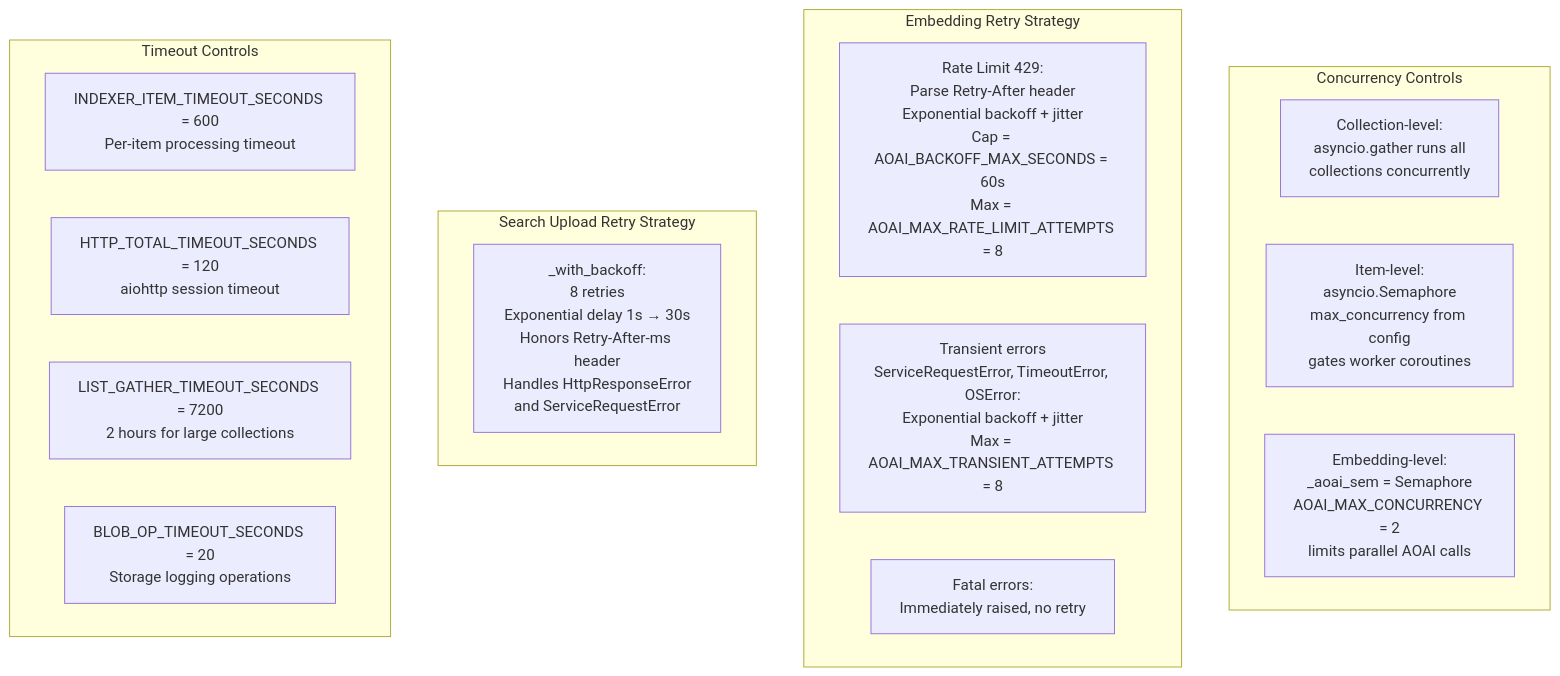
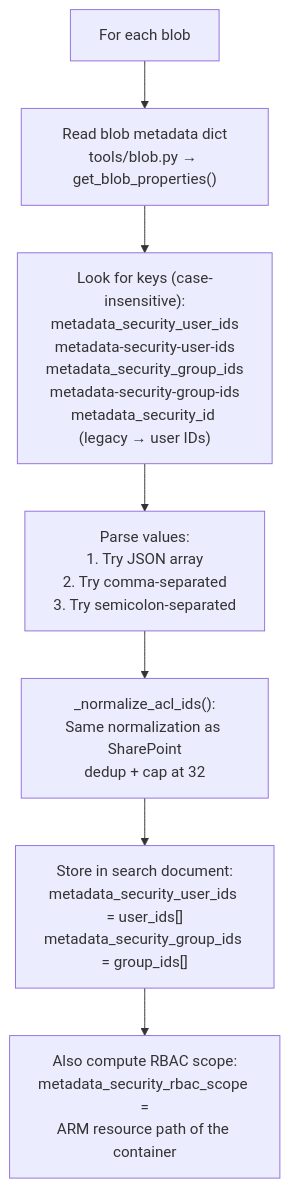
The ninth of 11 diagrams in detailed ingestion process.md (nicarzv/RAG), drawn with Mermaid before and after one commit. The commit also changed other lines of this file, not shown here.

````diff
--- a/detailed ingestion process.md
+++ b/detailed ingestion process.md
@@ -491,25 +664,9 @@
 ```mermaid
 flowchart TB
-    subgraph CONCURRENCY["Concurrency Controls"]
-        A[Collection-level:<br/>asyncio.gather runs all<br/>collections concurrently]
-        B[Item-level:<br/>asyncio.Semaphore<br/>max_concurrency from config<br/>gates worker coroutines]
-        C[Embedding-level:<br/>_aoai_sem = Semaphore<br/>AOAI_MAX_CONCURRENCY = 2<br/>limits parallel AOAI calls]
-    end
-
-    subgraph RETRY_EMBED["Embedding Retry Strategy"]
-        D[Rate Limit 429:<br/>Parse Retry-After header<br/>Exponential backoff + jitter<br/>Cap = AOAI_BACKOFF_MAX_SECONDS = 60s<br/>Max = AOAI_MAX_RATE_LIMIT_ATTEMPTS = 8]
-        E[Transient errors<br/>ServiceRequestError, TimeoutError, OSError:<br/>Exponential backoff + jitter<br/>Max = AOAI_MAX_TRANSIENT_ATTEMPTS = 8]
-        F[Fatal errors:<br/>Immediately raised, no retry]
-    end
-
-    subgraph RETRY_SEARCH["Search Upload Retry Strategy"]
-        G[_with_backoff:<br/>8 retries<br/>Exponential delay 1s → 30s<br/>Honors Retry-After-ms header<br/>Handles HttpResponseError<br/>and ServiceRequestError]
-    end
-
-    subgraph TIMEOUTS["Timeout Controls"]
-        H[INDEXER_ITEM_TIMEOUT_SECONDS = 600<br/>Per-item processing timeout]
-        I[HTTP_TOTAL_TIMEOUT_SECONDS = 120<br/>aiohttp session timeout]
-        J[LIST_GATHER_TIMEOUT_SECONDS = 7200<br/>2 hours for large collections]
-        K[BLOB_OP_TIMEOUT_SECONDS = 20<br/>Storage logging operations]
-    end
+    A["For each blob"] --> B["Read blob metadata dict<br/>tools/blob.py → get_blob_properties()"]
+    B --> C["Look for keys (case-insensitive):<br/>metadata_security_user_ids<br/>metadata-security-user-ids<br/>metadata_security_group_ids<br/>metadata-security-group-ids<br/>metadata_security_id (legacy → user IDs)"]
+    C --> D["Parse values:<br/>1. Try JSON array<br/>2. Try comma-separated<br/>3. Try semicolon-separated"]
+    D --> E["_normalize_acl_ids():<br/>Same normalization as SharePoint<br/>dedup + cap at 32"]
+    E --> F["Store in search document:<br/>metadata_security_user_ids = user_ids[]<br/>metadata_security_group_ids = group_ids[]"]
+    F --> G["Also compute RBAC scope:<br/>metadata_security_rbac_scope =<br/>ARM resource path of the container"]
 ```
````
